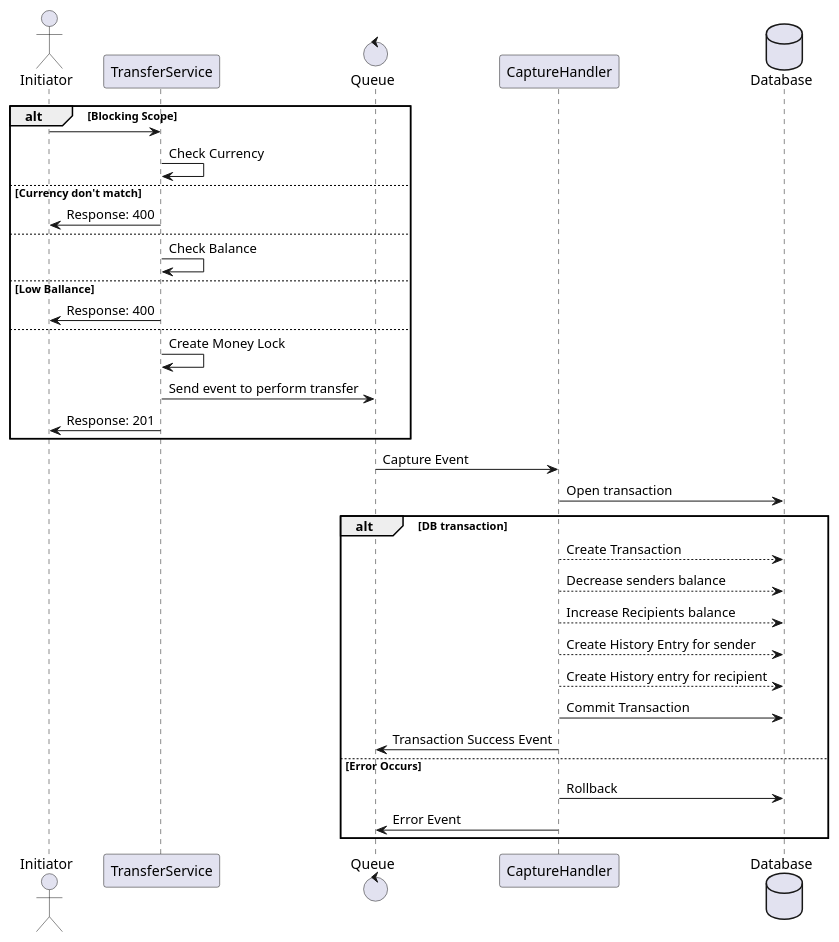
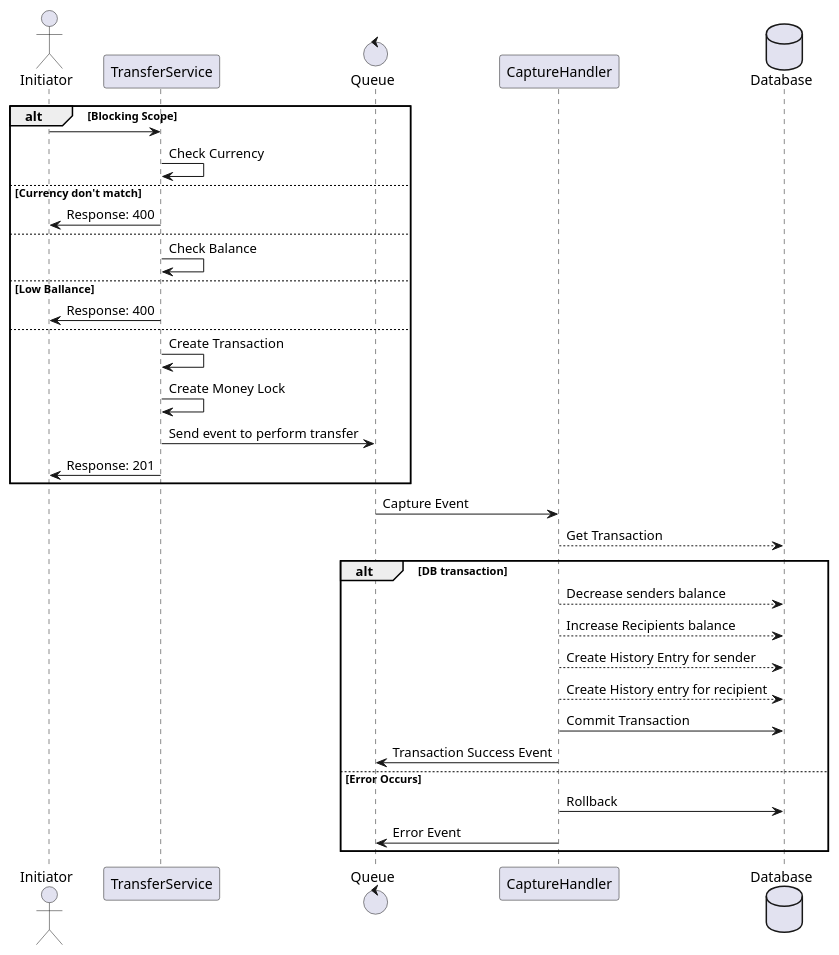
Before and after one commit to ygalav/moneytransfer: the diagram in docs/flow.puml, drawn with PlantUML.

Commit message:
Updated flow diagram

```diff
--- a/docs/flow.puml
+++ b/docs/flow.puml
@@ -1,45 +1,45 @@
 @startuml
 
 actor Initiator as initiator
 participant TransferService as ts
 control Queue as queue
 participant CaptureHandler as capturer
 database Database as db
 
 alt Blocking Scope
 initiator -> ts
 ts -> ts : Check Currency
 
 else Currency don't match
 ts -> initiator : Response: 400
 
 else
 ts -> ts : Check Balance
 else Low Ballance
 ts -> initiator : Response: 400
 else
+ts -> ts : Create Transaction
 ts -> ts : Create Money Lock
 ts -> queue : Send event to perform transfer
 ts -> initiator : Response: 201
 end
 
 queue -> capturer: Capture Event
-capturer -> db : Open transaction
+capturer --> db : Get Transaction
 alt DB transaction
-capturer --> db : Create Transaction
 capturer --> db : Decrease senders balance
 capturer --> db : Increase Recipients balance
 capturer --> db : Create History Entry for sender
 capturer --> db : Create History entry for recipient
 capturer -> db : Commit Transaction
 
 capturer -> queue : Transaction Success Event
 
 else Error Occurs
 capturer -> db : Rollback
 capturer -> queue : Error Event
 
 
 end
 
 @enduml
```
